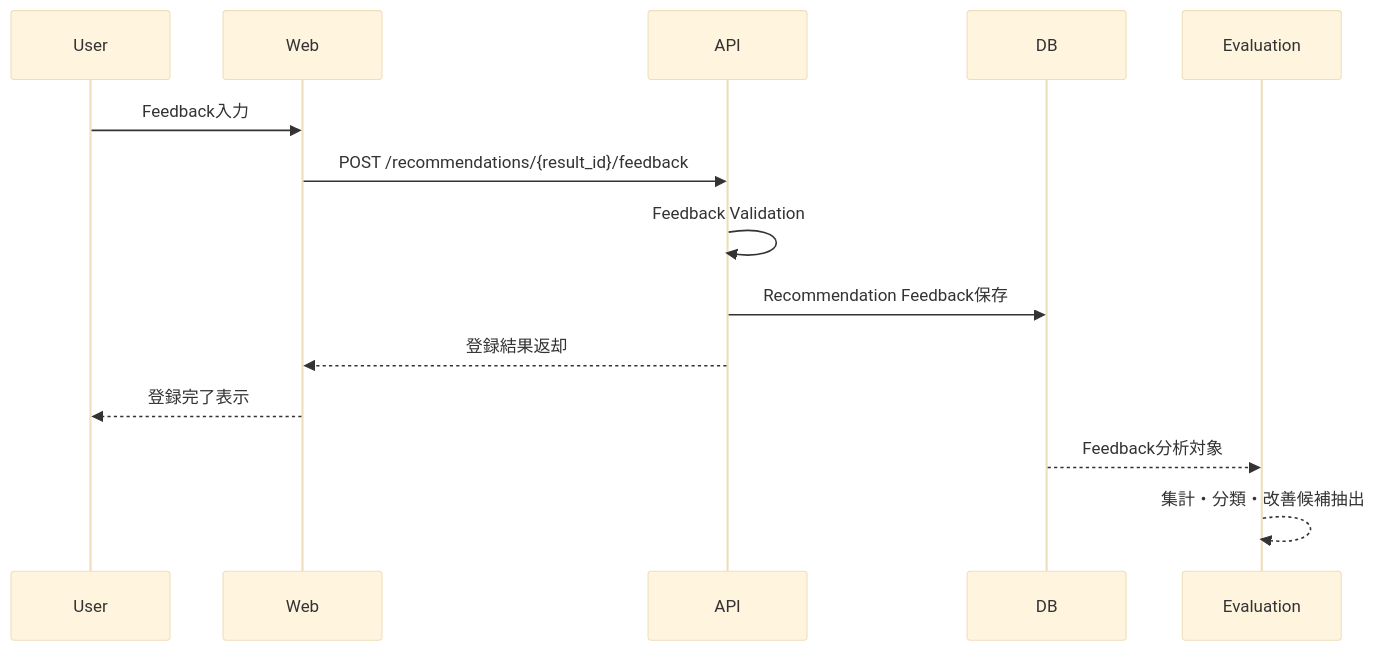
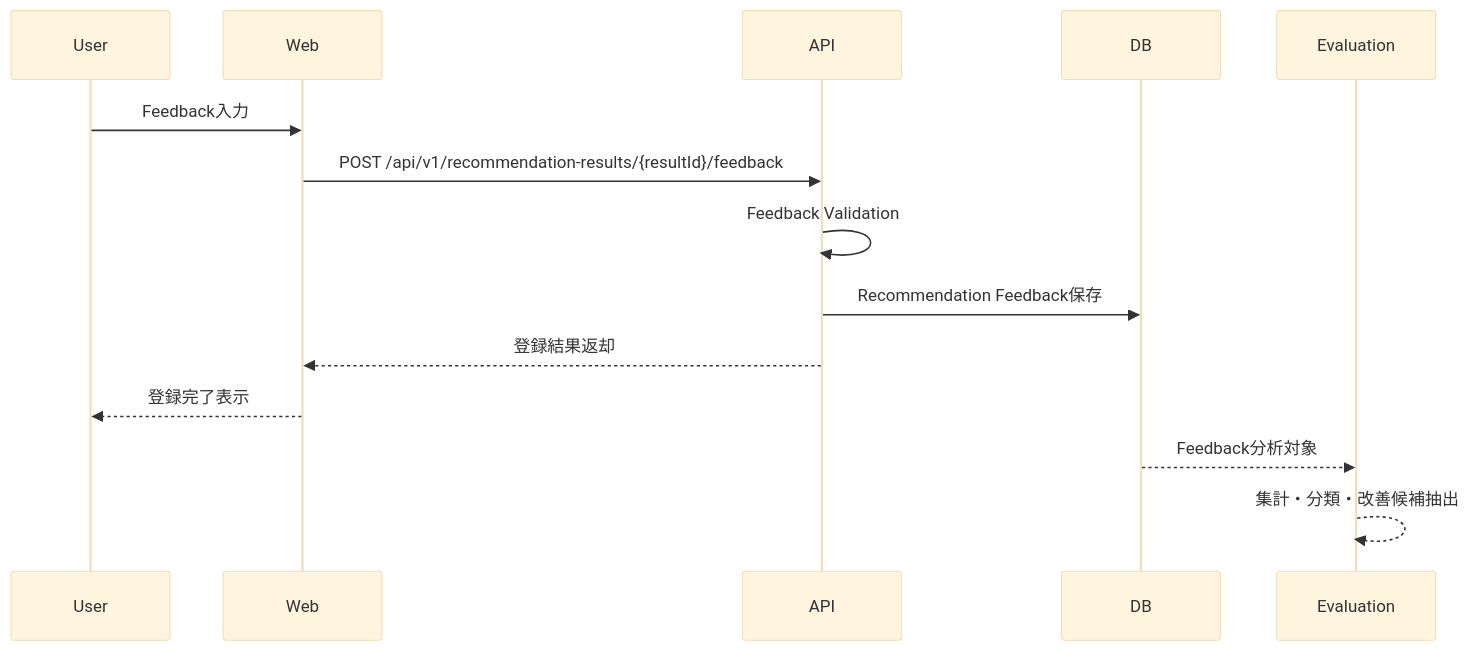
The second of 2 diagrams in docs/04_ドメインモデル設計/RecommendationFeedback定義書.md (ryo-chan-k6/GiftRecommendAPP_MVP_CYCLE_3), drawn with Mermaid (base theme) before and after one commit. The commit also changed other lines of this file and 68 other files, not shown here.

Commit message:
APIドキュメントを更新し、Gift Recommendation Service MVPにおけるエンドポイントのURLを新しいバージョン形式に変更。具体的には、`/recommendations`や`/masters`などのエンドポイントを`/api/v1/`プレフィックス付きに修正し、APIの整合性と明確性を向上させた。また、フィードバック登録やマスタ取得に関するエンドポイントも同様に更新し、全体の設計基盤を強化した。 (#217)

````diff
--- a/docs/04_ドメインモデル設計/RecommendationFeedback定義書.md
+++ b/docs/04_ドメインモデル設計/RecommendationFeedback定義書.md
@@ -376,18 +376,18 @@
 ```mermaid
 sequenceDiagram
     participant User as User
     participant Web as Web
     participant API as API
     participant DB as DB
     participant Eval as Evaluation
 
     User->>Web: Feedback入力
-    Web->>API: POST /recommendations/{result_id}/feedback
+    Web->>API: POST /api/v1/recommendation-results/{resultId}/feedback
     API->>API: Feedback Validation
     API->>DB: Recommendation Feedback保存
     API-->>Web: 登録結果返却
     Web-->>User: 登録完了表示
 
     DB-->>Eval: Feedback分析対象
     Eval-->>Eval: 集計・分類・改善候補抽出
 ```
````
